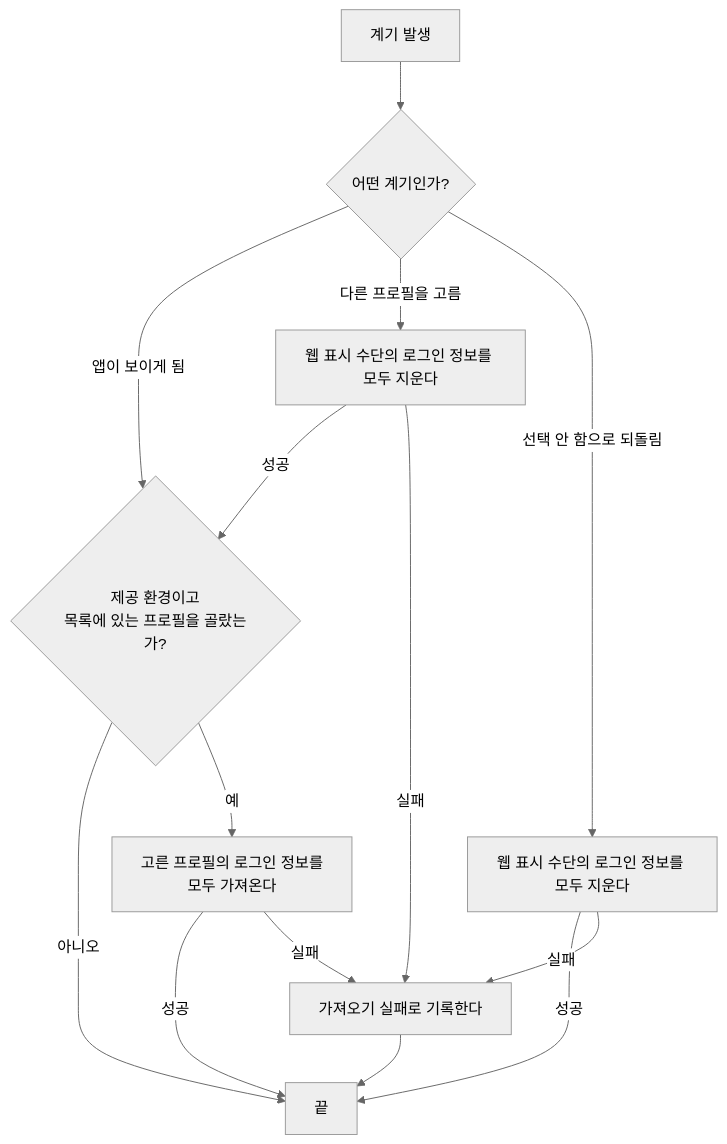
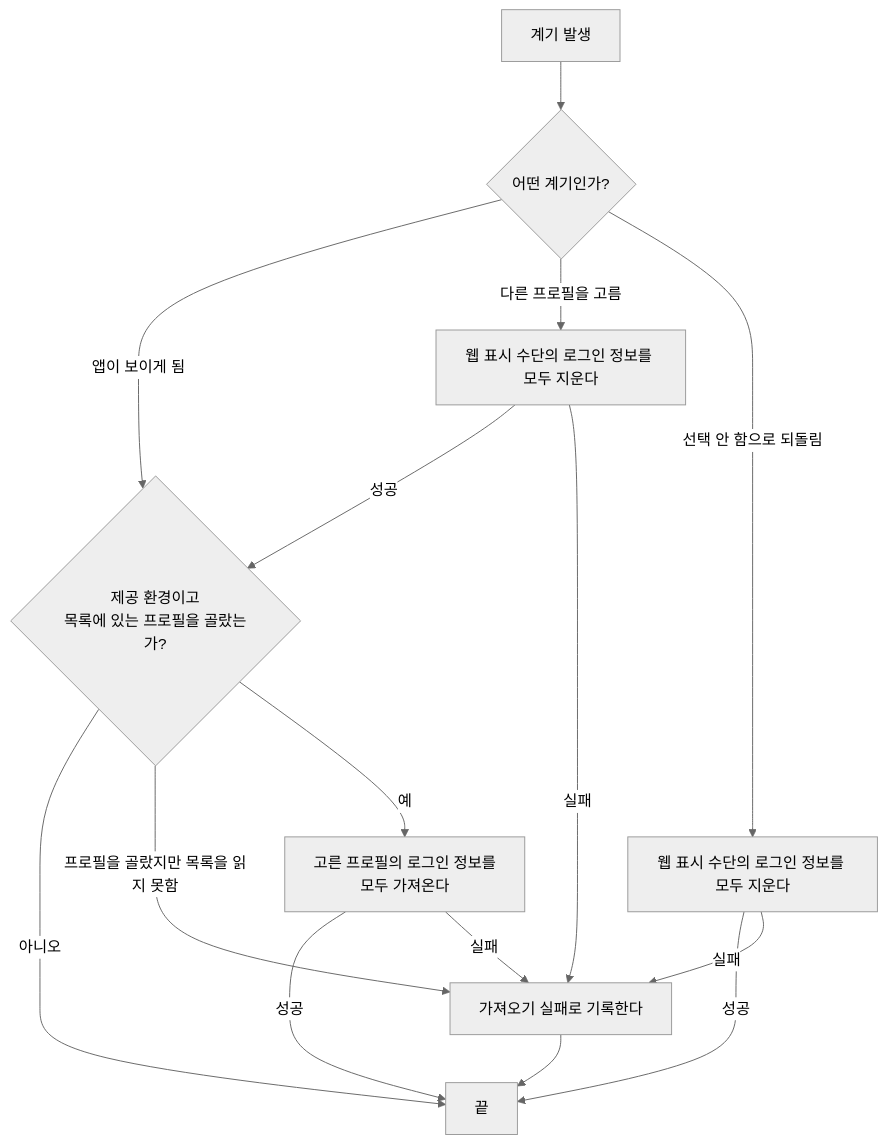
The first of 2 diagrams in docs/spec/client/chrome-session-import.md (taetae98coding/DiaryKMP), drawn with Mermaid (neutral theme) before and after one commit. The commit also changed other lines of this file and 154 other files, not shown here.

````diff
--- a/docs/spec/client/chrome-session-import.md
+++ b/docs/spec/client/chrome-session-import.md
@@ -49,15 +49,16 @@
 ```mermaid
 flowchart TD
     trigger["계기 발생"] --> which{"어떤 계기인가?"}
     which -- "앱이 보이게 됨" --> selected{"제공 환경이고<br/>목록에 있는 프로필을 골랐는가?"}
     which -- "다른 프로필을 고름" --> clear["웹 표시 수단의 로그인 정보를 모두 지운다"]
     clear -- 성공 --> selected
     which -- "선택 안 함으로 되돌림" --> clearOnly["웹 표시 수단의 로그인 정보를 모두 지운다"]
     clearOnly -- 성공 --> done["끝"]
     clearOnly -- 실패 --> fail
     clear -- 실패 --> fail
     selected -- 아니오 --> done
+    selected -- "프로필을 골랐지만 목록을 읽지 못함" --> fail
     selected -- 예 --> import["고른 프로필의 로그인 정보를<br/>모두 가져온다"]
     import -- 성공 --> done
     import -- 실패 --> fail["가져오기 실패로 기록한다"] --> done
 ```
````
